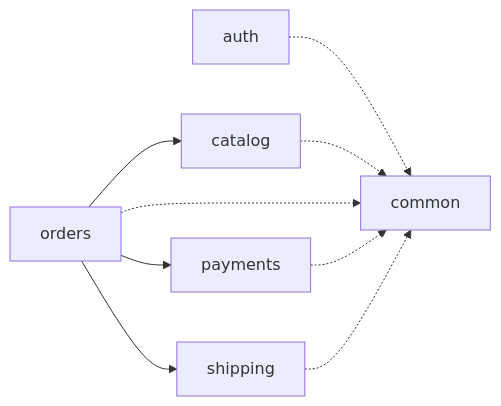
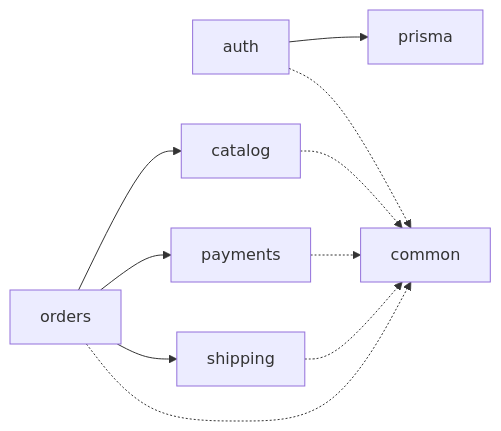
The diagram in docs/architecture/modules.md (ArtRiv/commerce-core), drawn with Mermaid before and after one commit. The commit also changed other lines of this file, not shown here.

First line of the commit message:
docs(architecture): record auth's dependency on the prisma module

````diff
--- a/docs/architecture/modules.md
+++ b/docs/architecture/modules.md
@@ -12,19 +12,22 @@
 ```mermaid
 flowchart LR
     auth["auth"]
     catalog["catalog"]
     orders["orders"]
     payments["payments"]
     shipping["shipping"]
     common["common"]
+    prisma["prisma"]
 
     orders --> catalog
     orders --> payments
     orders --> shipping
+
+    auth --> prisma
 
     auth -.-> common
     catalog -.-> common
     orders -.-> common
     payments -.-> common
     shipping -.-> common
 ```
````
